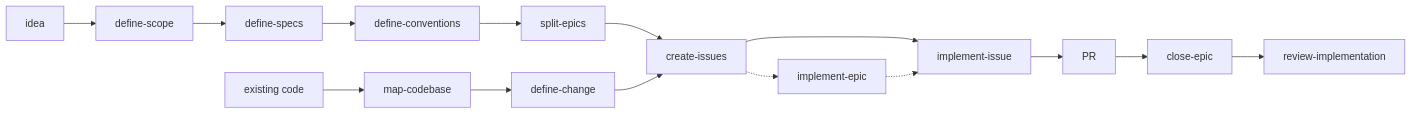
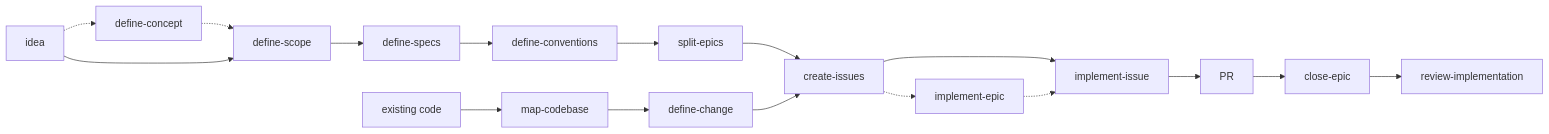
The diagram in docs/pipeline.md (julienlegoux/skills), drawn with Mermaid before and after one commit. The commit also changed other lines of this file and 7 other files, not shown here.

First line of the commit message:
feat: add define-concept, the stage upstream of define-scope

````diff
--- a/docs/pipeline.md
+++ b/docs/pipeline.md
@@ -15,20 +15,22 @@
 ```mermaid
 flowchart LR
-    A[idea] --> B[define-scope]
+    A[idea] -.-> A1[define-concept]
+    A1 -.-> B
+    A --> B[define-scope]
     B --> C[define-specs]
     C --> D[define-conventions]
     D --> E[split-epics]
 
     A2[existing code] --> M[map-codebase]
     M --> N[define-change]
 
     E --> F[create-issues]
     N --> F
     F --> G[implement-issue]
     G --> H[PR]
     F -.-> I[implement-epic]
     I -.-> G
 
     H --> J[close-epic]
     J --> K[review-implementation]
 ```
````
